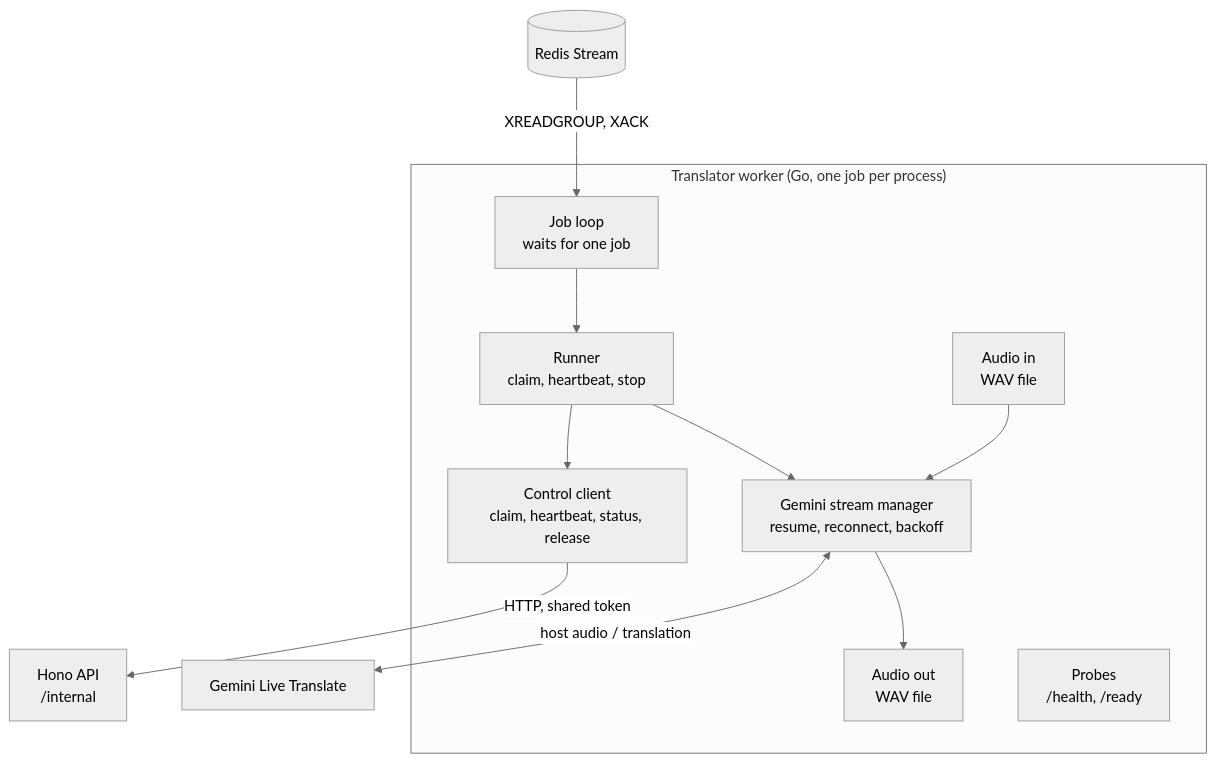
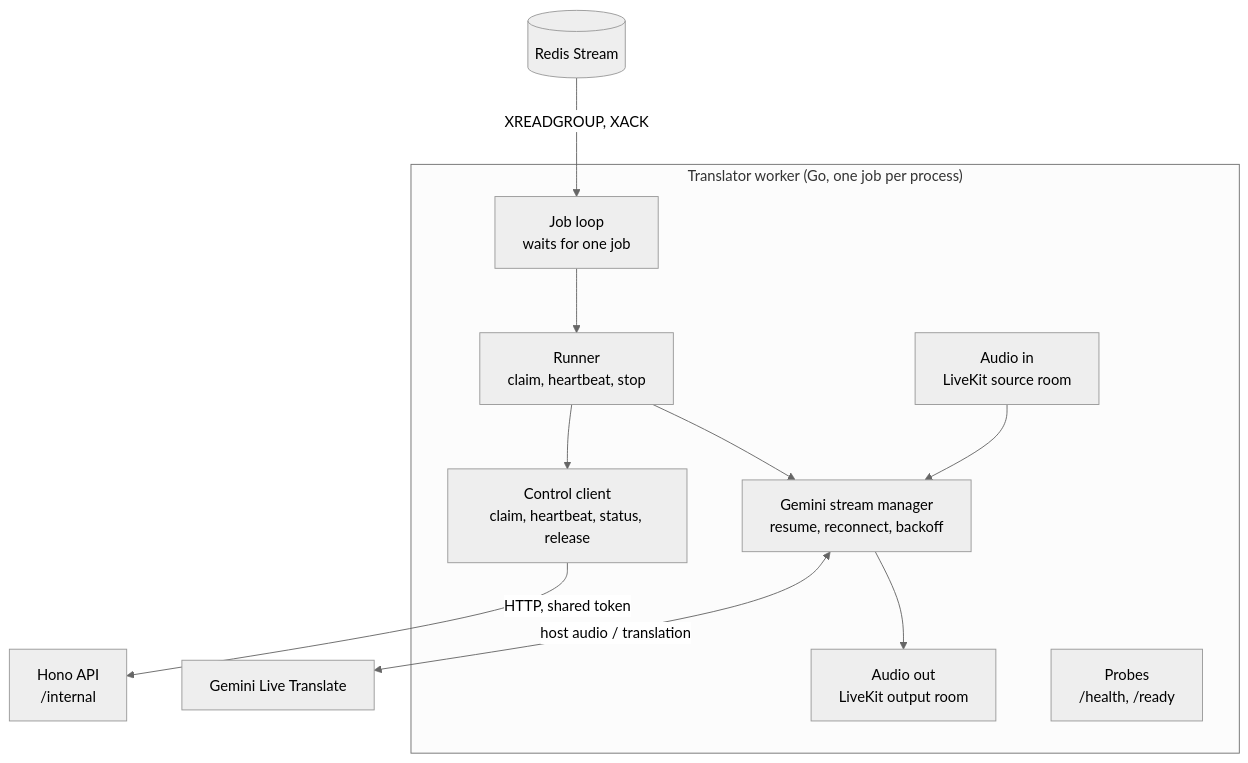
The sixth of 7 diagrams in docs/architecture-layers.md (WH1TE-SHAD0W/ai-dubbing-studio), drawn with Mermaid (neutral theme) before and after one commit. The commit also changed other lines of this file and 6 other files, not shown here.

First line of the commit message:
docs: running and testing the workers goes through LiveKit (YGP-70)

````diff
--- a/docs/architecture-layers.md
+++ b/docs/architecture-layers.md
@@ -235,26 +241,26 @@
 ```mermaid
 %%{init: {"flowchart": {"nodeSpacing": 60, "rankSpacing": 70}}}%%
 flowchart TB
   Q[("Redis Stream")]
   API["Hono API<br/>/internal"]
   G["Gemini Live Translate"]
 
   subgraph Worker["Translator worker (Go, one job per process)"]
     Loop["Job loop<br/>waits for one job"]
     Runner["Runner<br/>claim, heartbeat, stop"]
     Control["Control client<br/>claim, heartbeat, status, release"]
     Manager["Gemini stream manager<br/>resume, reconnect, backoff"]
-    Source["Audio in<br/>WAV file"]
-    Sink["Audio out<br/>WAV file"]
+    Source["Audio in<br/>LiveKit source room"]
+    Sink["Audio out<br/>LiveKit output room"]
     Probes["Probes<br/>/health, /ready"]
   end
 
   Q -- "XREADGROUP, XACK" --> Loop
   Loop --> Runner
   Runner --> Control
   Control -- "HTTP, shared token" --> API
   Runner --> Manager
   Source --> Manager
   Manager <-- "host audio / translation" --> G
   Manager --> Sink
 ```
````
